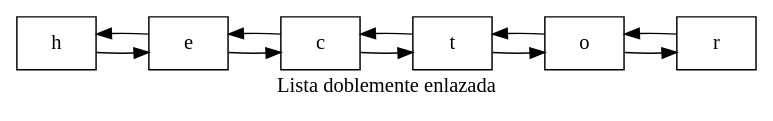
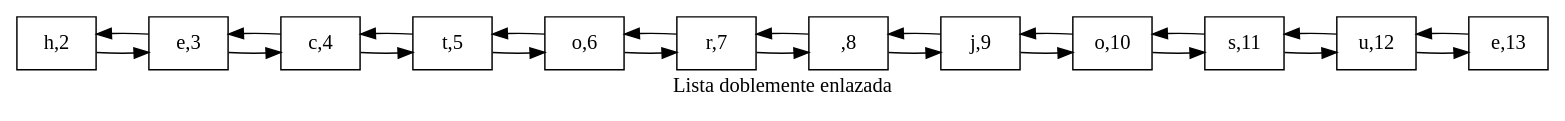
One commit to hr9457/EDD_1S2020_P1_201314296 changed the diagram in ArchivosDot/ListaDobleEnlazada.dot. Above: the diagram before and after it, drawn with Graphviz. The commit also changed 7 other files, not shown here.

```diff
--- a/ArchivosDot/ListaDobleEnlazada.dot
+++ b/ArchivosDot/ListaDobleEnlazada.dot
@@ -1,20 +1,38 @@
 digraph ListaDobleEnlazada {
 rankdir=LR;
-Nodo0[shape=box,label="h"];
-Nodo1[shape=box,label="e"];
-Nodo2[shape=box,label="c"];
-Nodo3[shape=box,label="t"];
-Nodo4[shape=box,label="o"];
-Nodo5[shape=box,label="r"];
+Nodo0[shape=box,label="h,2"];
+Nodo1[shape=box,label="e,3"];
+Nodo2[shape=box,label="c,4"];
+Nodo3[shape=box,label="t,5"];
+Nodo4[shape=box,label="o,6"];
+Nodo5[shape=box,label="r,7"];
+Nodo6[shape=box,label=" ,8"];
+Nodo7[shape=box,label="j,9"];
+Nodo8[shape=box,label="o,10"];
+Nodo9[shape=box,label="s,11"];
+Nodo10[shape=box,label="u,12"];
+Nodo11[shape=box,label="e,13"];
 Nodo0->Nodo1;
 Nodo1->Nodo0;
 Nodo1->Nodo2;
 Nodo2->Nodo1;
 Nodo2->Nodo3;
 Nodo3->Nodo2;
 Nodo3->Nodo4;
 Nodo4->Nodo3;
 Nodo4->Nodo5;
 Nodo5->Nodo4;
+Nodo5->Nodo6;
+Nodo6->Nodo5;
+Nodo6->Nodo7;
+Nodo7->Nodo6;
+Nodo7->Nodo8;
+Nodo8->Nodo7;
+Nodo8->Nodo9;
+Nodo9->Nodo8;
+Nodo9->Nodo10;
+Nodo10->Nodo9;
+Nodo10->Nodo11;
+Nodo11->Nodo10;
 label = " Lista doblemente enlazada" 
 }
```
